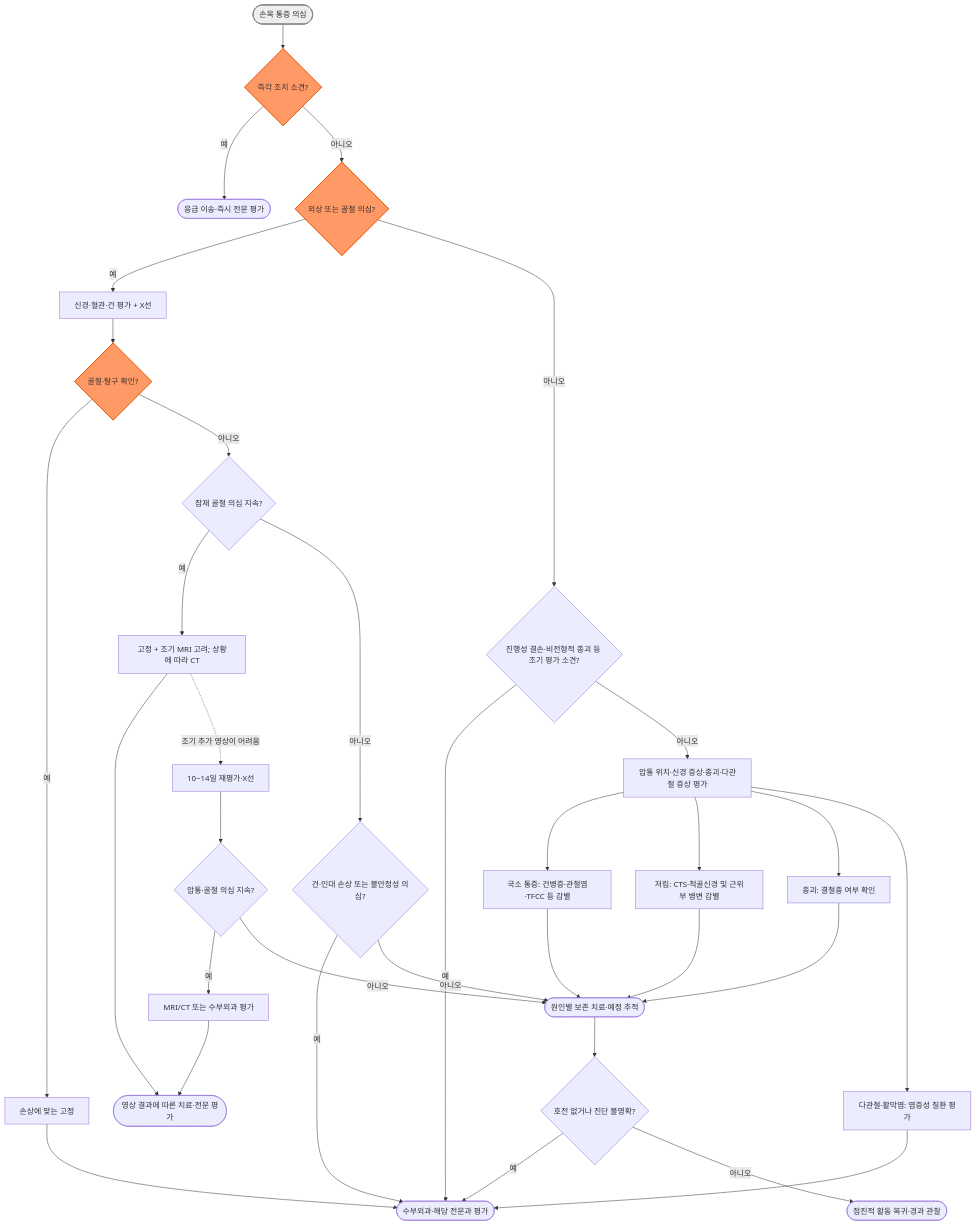
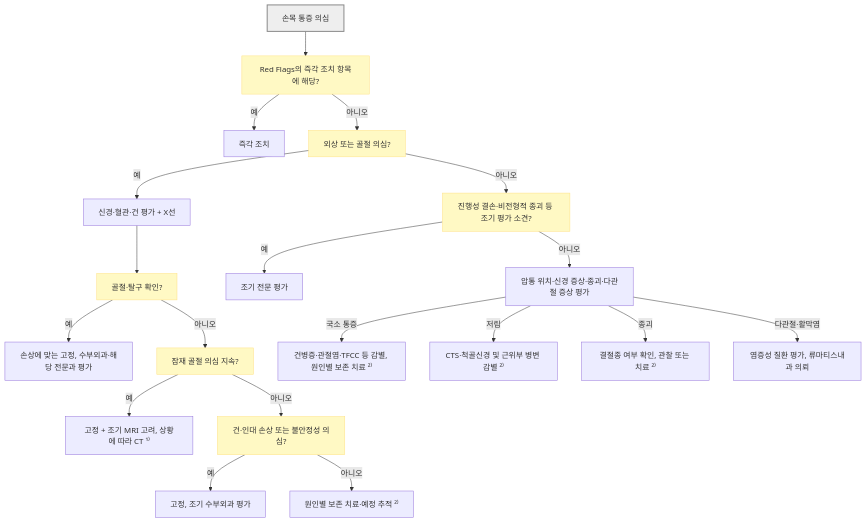
The diagram in 228_/141_-wrist-pain.md (familyoh77/familyoh77), drawn with Mermaid before and after one commit. The commit also changed other lines of this file and 3 other files, not shown here.

````diff
--- a/228_/141_-wrist-pain.md
+++ b/228_/141_-wrist-pain.md
@@ -225,39 +225,25 @@
 ```mermaid
-graph TD
-    Start(["손목 통증 의심"]) --> RF{"즉각 조치 소견?"}
-    RF -->|예| ER(["응급 이송·즉시 전문 평가"])
-    RF -->|아니오| Trauma{"외상 또는 골절 의심?"}
-    Trauma -->|예| XR["신경·혈관·건 평가 + X선"]
-    XR --> Result{"골절·탈구 확인?"}
-    Result -->|예| Fix["손상에 맞는 고정"]
-    Fix --> Refer(["수부외과·해당 전문과 평가"])
-    Result -->|아니오| Susp{"잠재 골절 의심 지속?"}
-    Susp -->|예| Occult["고정 + 조기 MRI 고려; 상황에 따라 CT"]
-    Occult --> Plan(["영상 결과에 따른 치료·전문 평가"])
-    Occult -.->|조기 추가 영상이 어려움| Follow["10~14일 재평가·X선"]
-    Follow --> Persist{"압통·골절 의심 지속?"}
-    Persist -->|예| Further["MRI/CT 또는 수부외과 평가"]
-    Further --> Plan
-    Persist -->|아니오| Care
-    Susp -->|아니오| Soft{"건·인대 손상 또는 불안정성 의심?"}
-    Soft -->|예| Refer
-    Soft -->|아니오| Care(["원인별 보존 치료·예정 추적"])
-    Trauma -->|아니오| Early{"진행성 결손·비전형적 종괴 등 조기 평가 소견?"}
-    Early -->|예| Refer
-    Early -->|아니오| Local["압통 위치·신경 증상·종괴·다관절 증상 평가"]
-    Local --> Mechanical["국소 통증: 건병증·관절염·TFCC 등 감별"]
-    Local --> Neuro["저림: CTS·척골신경 및 근위부 병변 감별"]
-    Local --> Mass["종괴: 결절종 여부 확인"]
-    Local --> Systemic["다관절·활막염: 염증성 질환 평가"]
-    Mechanical --> Care
-    Neuro --> Care
-    Mass --> Care
-    Systemic --> Refer
-    Care --> Recheck{"호전 없거나 진단 불명확?"}
-    Recheck -->|예| Refer
-    Recheck -->|아니오| End(["점진적 활동 복귀·경과 관찰"])
-    classDef startNode fill:#eeeeee,stroke:#888888,stroke-width:2px
-    classDef mainNode fill:#f96,stroke:#e65100,stroke-width:2px
-    class Start startNode
-    class RF,Trauma,Result mainNode
+flowchart TD
+    Start["손목 통증 의심"] --> RF["Red Flags의 즉각 조치 항목에 해당?"]
+    RF -->|"예"| ER["즉각 조치"]
+    RF -->|"아니오"| Trauma["외상 또는 골절 의심?"]
+    Trauma -->|"예"| XR["신경·혈관·건 평가 + X선"]
+    XR --> Result["골절·탈구 확인?"]
+    Result -->|"예"| Fix["손상에 맞는 고정, 수부외과·해당 전문과 평가"]
+    Result -->|"아니오"| Susp["잠재 골절 의심 지속?"]
+    Susp -->|"예"| Occult["고정 + 조기 MRI 고려, 상황에 따라 CT ¹⁾"]
+    Susp -->|"아니오"| Soft["건·인대 손상 또는 불안정성 의심?"]
+    Soft -->|"예"| Refer1["고정, 조기 수부외과 평가"]
+    Soft -->|"아니오"| Care1["원인별 보존 치료·예정 추적 ²⁾"]
+    Trauma -->|"아니오"| Early["진행성 결손·비전형적 종괴 등 조기 평가 소견?"]
+    Early -->|"예"| Refer2["조기 전문 평가"]
+    Early -->|"아니오"| Local["압통 위치·신경 증상·종괴·다관절 증상 평가"]
+    Local -->|"국소 통증"| Mechanical["건병증·관절염·TFCC 등 감별, 원인별 보존 치료 ²⁾"]
+    Local -->|"저림"| Neuro["CTS·척골신경 및 근위부 병변 감별 ²⁾"]
+    Local -->|"종괴"| Mass["결절종 여부 확인, 관찰 또는 치료 ²⁾"]
+    Local -->|"다관절·활막염"| Systemic["염증성 질환 평가, 류마티스내과 의뢰"]
+
+    classDef question fill:#fff9c4,stroke:#ffe082
+    class RF,Trauma,Result,Susp,Soft,Early question
+    style Start fill:#eeeeee,stroke:#888888,stroke-width:2px
 ```
````
